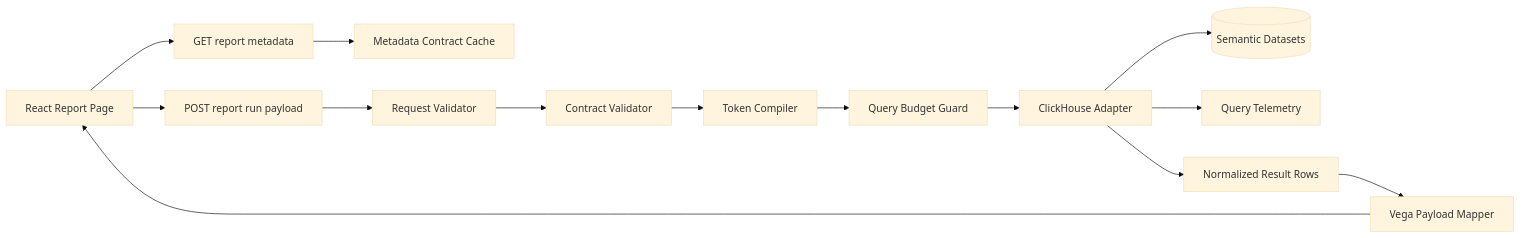
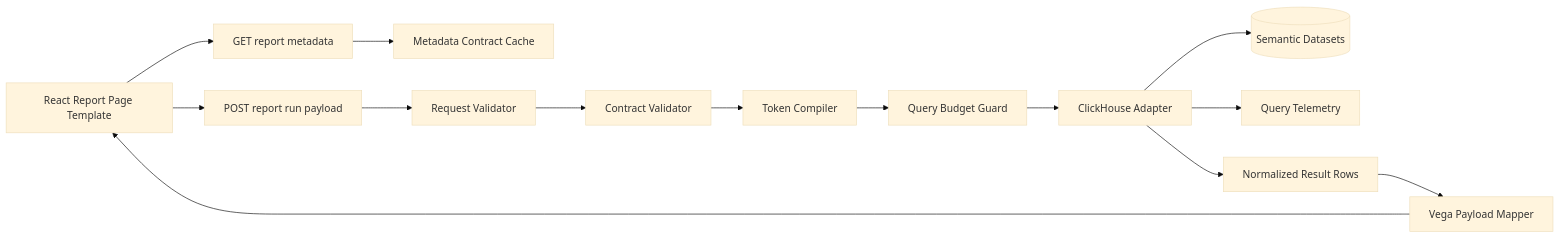
One commit to TaxisBI/taxisbi-mvp changed the diagram in docs/harvest-work-starter-pack.md. Above: the diagram before and after it, drawn with Mermaid (base theme). The commit also changed other lines of this file and 1 other file, not shown here.

````diff
--- a/docs/harvest-work-starter-pack.md
+++ b/docs/harvest-work-starter-pack.md
@@ -72,16 +79,16 @@
 ```mermaid
 flowchart LR
-  A[React Report Page] --> B[GET report metadata]
+  A[React Report Page Template] --> B[GET report metadata]
   A --> C[POST report run payload]
   B --> D[Metadata Contract Cache]
   C --> E[Request Validator]
   E --> F[Contract Validator]
   F --> G[Token Compiler]
   G --> H[Query Budget Guard]
   H --> I[ClickHouse Adapter]
   I --> J[(Semantic Datasets)]
   I --> K[Query Telemetry]
   I --> L[Normalized Result Rows]
   L --> M[Vega Payload Mapper]
   M --> A
 ```
````
